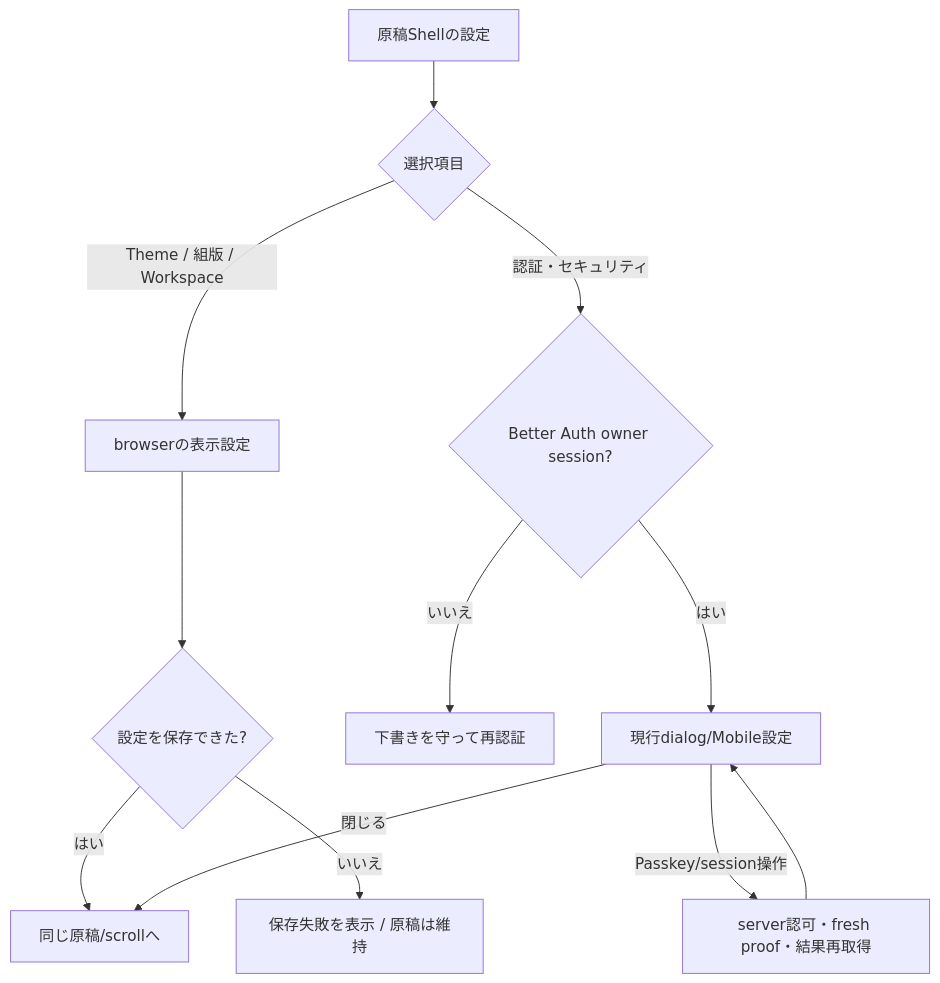
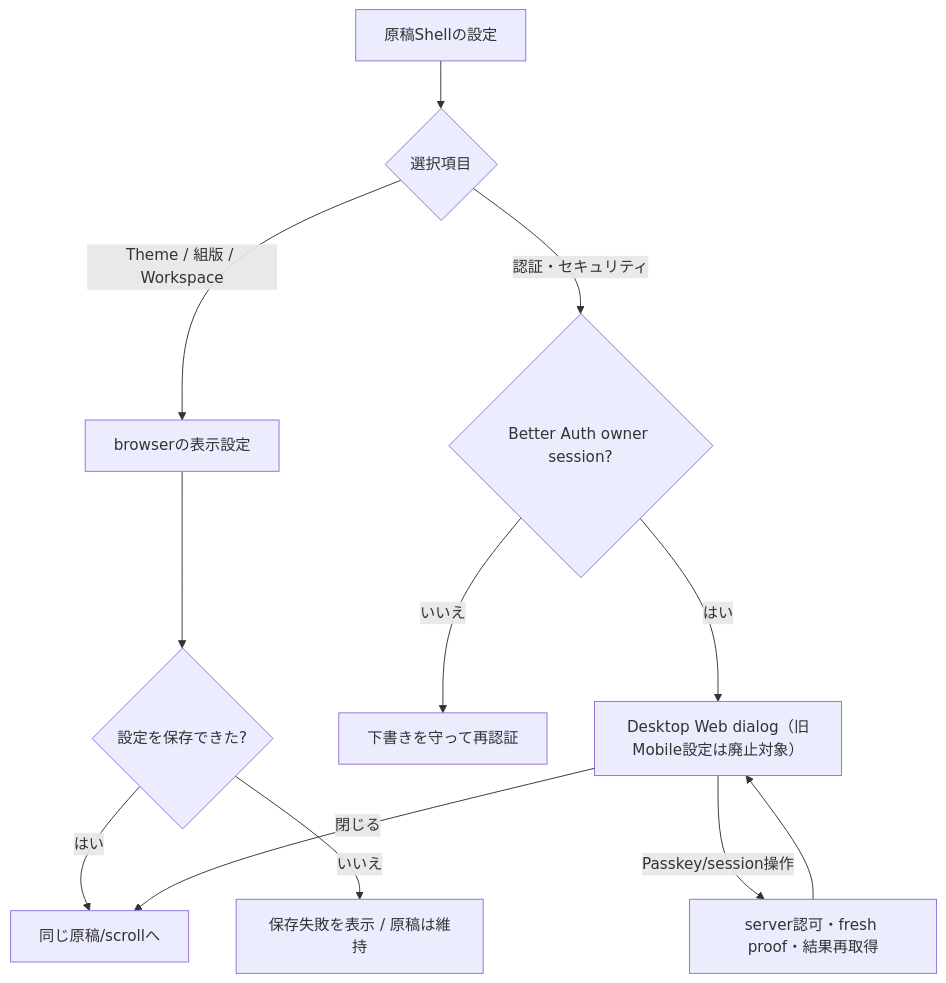
One commit to yohn-jp/codexia changed diagram 16 of 27 in docs/design/SCREEN-STATE-ATLAS.md. Above: the diagram before and after it, drawn with Mermaid. The commit also changed other lines of this file and 2 other files, not shown here.

````diff
--- a/docs/design/SCREEN-STATE-ATLAS.md
+++ b/docs/design/SCREEN-STATE-ATLAS.md
@@ -279,14 +276,14 @@
 ```mermaid
 flowchart TD
     ENTRY["原稿Shellの設定"] --> TYPE{"選択項目"}
     TYPE -->|Theme / 組版 / Workspace| LOCAL["browserの表示設定"]
     LOCAL --> CHECK{"設定を保存できた?"}
     CHECK -->|はい| RETURN["同じ原稿/scrollへ"]
     CHECK -->|いいえ| NOTICE["保存失敗を表示 / 原稿は維持"]
     TYPE -->|認証・セキュリティ| OWNER{"Better Auth owner session?"}
     OWNER -->|いいえ| LOGIN["下書きを守って再認証"]
-    OWNER -->|はい| PANEL["現行dialog/Mobile設定"]
+    OWNER -->|はい| PANEL["Desktop Web dialog（旧Mobile設定は廃止対象）"]
     PANEL -->|Passkey/session操作| VERIFY["server認可・fresh proof・結果再取得"]
     VERIFY --> PANEL
     PANEL -->|閉じる| RETURN
 ```
````
